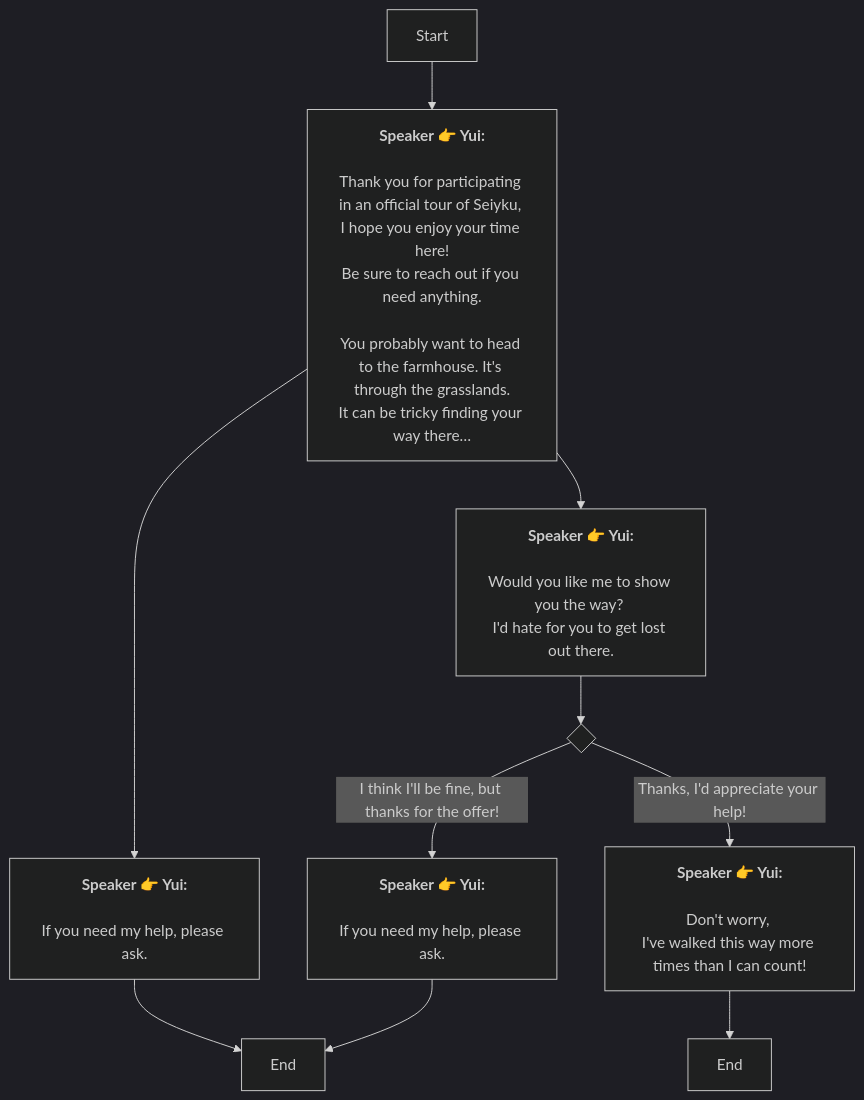
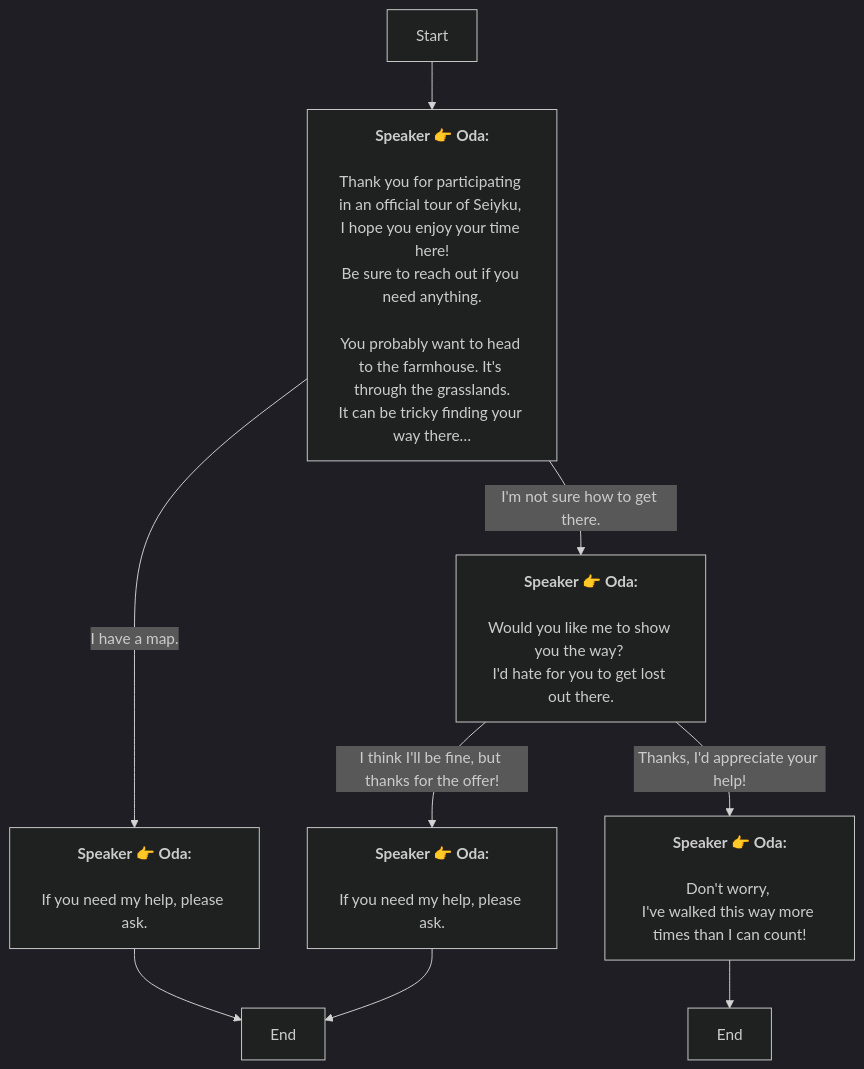
The diagram in En/QuestTalkObjectiveNode_1769053514232872.md (SoftHu/tos_avg), drawn with Mermaid (dark theme) before and after one commit. The commit also changed 737 other files, not shown here.

````diff
--- a/En/QuestTalkObjectiveNode_1769053514232872.md
+++ b/En/QuestTalkObjectiveNode_1769053514232872.md
@@ -1,30 +1,23 @@
 ```mermaid
 graph
-Start -->1769053689356331[<b>Speaker 👉 Yui:</b>
-
-Thank you for participating in an official tour of Seiyku, 
+Start -->1769053689356331[<b>Speaker 👉 Oda:</b>
+\nThank you for participating in an official tour of Seiyku, 
 I hope you enjoy your time here!
 Be sure to reach out if you need anything.
-
-You probably want to head to the farmhouse. It's through the grasslands.
+\nYou probably want to head to the farmhouse. It's through the grasslands.
 It can be tricky finding your way there…]
-1769053689356331 -->1769053814405170[<b>Speaker 👉 Yui:</b>
-
-If you need my help, please ask.]
-1769053689356331 -->1769053856549939[<b>Speaker 👉 Yui:</b>
-
-Would you like me to show you the way? 
+1769053689356331 -->|I have a map.|1769053814405170[<b>Speaker 👉 Oda:</b>
+\nIf you need my help, please ask.]
+1769053689356331 -->|I'm not sure how to get there.|1769053856549939[<b>Speaker 👉 Oda:</b>
+\nWould you like me to show you the way? 
 I'd hate for you to get lost out there.]
 1769053814405170 -->1769053908926523[End]
-1769053856549939 -->1769053870507064{ }
-1769053870507064 -->|Thanks, I'd appreciate your help!|1769053886069817[<b>Speaker 👉 Yui:</b>
-
-Don't worry, 
+1769053856549939 -->|Thanks, I'd appreciate your help!|1769053886069817[<b>Speaker 👉 Oda:</b>
+\nDon't worry, 
 I've walked this way more times than I can count!]
-1769053870507064 -->|I think I'll be fine, but thanks for the offer!|1769053889369146[<b>Speaker 👉 Yui:</b>
-
-If you need my help, please ask.]
+1769053856549939 -->|I think I'll be fine, but thanks for the offer!|1769053889369146[<b>Speaker 👉 Oda:</b>
+\nIf you need my help, please ask.]
 1769053886069817 -->1769053918352444[End]
 1769053889369146 -->1769053908926523[End]
 
- ```
+```
````
